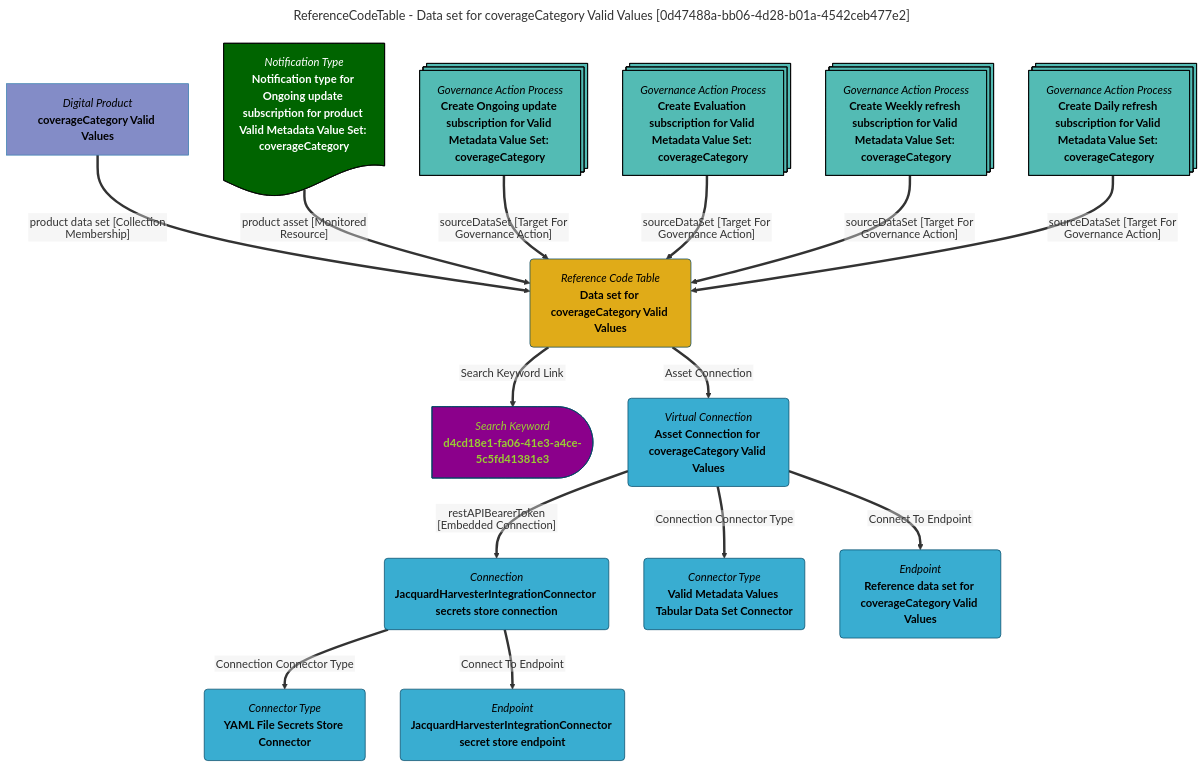
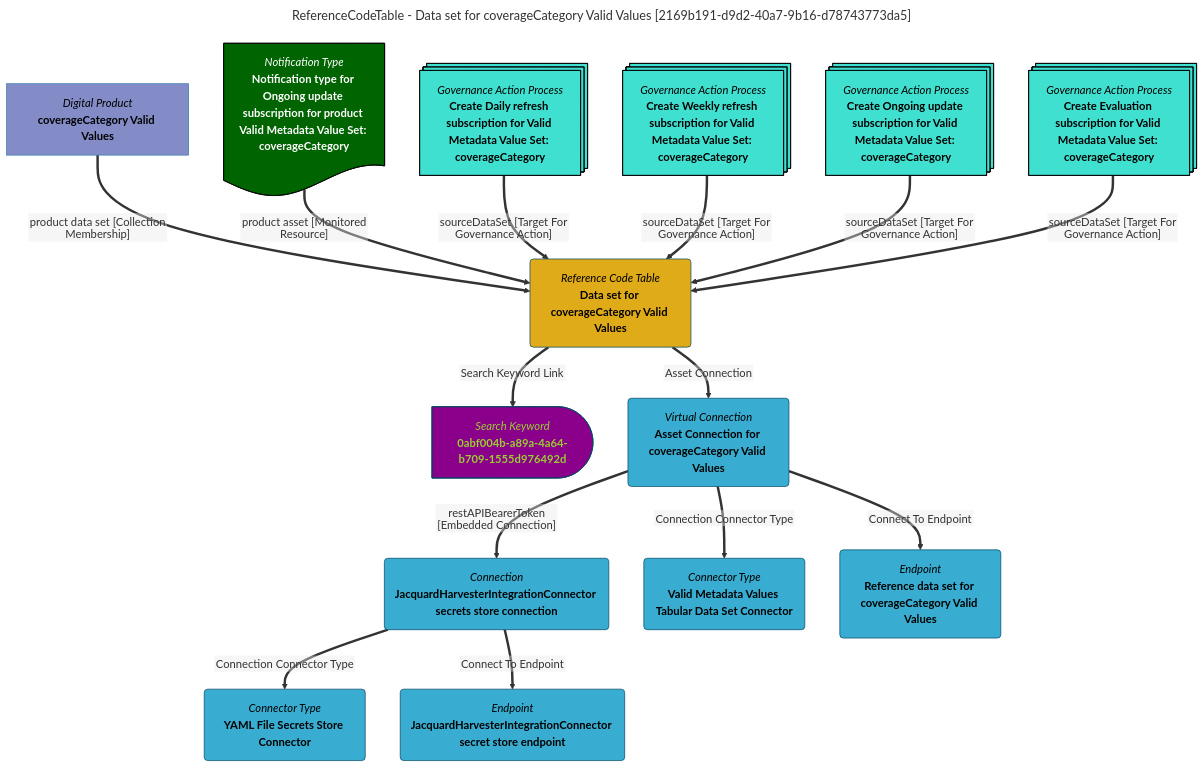
Before and after one commit to odpi/egeria-docs: the diagram in site/snippets/data-assets/data-set-for-coveragecategory-valid-values-mermaid-graph.md, drawn with Mermaid. The commit also changed 2201 other files, not shown here.

````diff
--- a/site/snippets/data-assets/data-set-for-coveragecategory-valid-values-mermaid-graph.md
+++ b/site/snippets/data-assets/data-set-for-coveragecategory-valid-values-mermaid-graph.md
@@ -1,63 +1,63 @@
 ```mermaid
 ---
-title: ReferenceCodeTable - Data set for coverageCategory Valid Values [0d47488a-bb06-4d28-b01a-4542ceb477e2]
+title: ReferenceCodeTable - Data set for coverageCategory Valid Values [2169b191-d9d2-40a7-9b16-d78743773da5]
 ---
 flowchart TD
 %%{init: {"flowchart": {"htmlLabels": false}} }%%
 
 1@{ shape: rounded, label: "*Reference Code Table*
 **Data set for coverageCategory Valid Values**"}
 2@{ shape: delay, label: "*Search Keyword*
-**d4cd18e1-fa06-41e3-a4ce-5c5fd41381e3**"}
+**0abf004b-a89a-4a64-b709-1555d976492d**"}
 1==>|"Search Keyword Link"|2
 3@{ shape: rect, label: "*Digital Product*
 **coverageCategory Valid Values**"}
 3==>|"product data set [Collection Membership]"|1
 4@{ shape: rounded, label: "*Virtual Connection*
 **Asset Connection for coverageCategory Valid Values**"}
 1==>|"Asset Connection"|4
 5@{ shape: rounded, label: "*Connection*
 **JacquardHarvesterIntegrationConnector secrets store connection**"}
 4==>|"restAPIBearerToken [Embedded Connection]"|5
 6@{ shape: rounded, label: "*Connector Type*
 **YAML File Secrets Store Connector**"}
 5==>|"Connection Connector Type"|6
 7@{ shape: rounded, label: "*Endpoint*
 **JacquardHarvesterIntegrationConnector secret store endpoint**"}
 5==>|"Connect To Endpoint"|7
 8@{ shape: rounded, label: "*Connector Type*
 **Valid Metadata Values Tabular Data Set Connector**"}
 4==>|"Connection Connector Type"|8
 9@{ shape: rounded, label: "*Endpoint*
 **Reference data set for coverageCategory Valid Values**"}
 4==>|"Connect To Endpoint"|9
 10@{ shape: doc, label: "*Notification Type*
 **Notification type for Ongoing update subscription for product Valid Metadata Value Set: coverageCategory**"}
 10==>|"product asset [Monitored Resource]"|1
 11@{ shape: processes, label: "*Governance Action Process*
-**Create Ongoing update subscription for Valid Metadata Value Set: coverageCategory**"}
+**Create Daily refresh subscription for Valid Metadata Value Set: coverageCategory**"}
 11==>|"sourceDataSet [Target For Governance Action]"|1
 12@{ shape: processes, label: "*Governance Action Process*
-**Create Evaluation subscription for Valid Metadata Value Set: coverageCategory**"}
+**Create Weekly refresh subscription for Valid Metadata Value Set: coverageCategory**"}
 12==>|"sourceDataSet [Target For Governance Action]"|1
 13@{ shape: processes, label: "*Governance Action Process*
-**Create Weekly refresh subscription for Valid Metadata Value Set: coverageCategory**"}
+**Create Ongoing update subscription for Valid Metadata Value Set: coverageCategory**"}
 13==>|"sourceDataSet [Target For Governance Action]"|1
 14@{ shape: processes, label: "*Governance Action Process*
-**Create Daily refresh subscription for Valid Metadata Value Set: coverageCategory**"}
+**Create Evaluation subscription for Valid Metadata Value Set: coverageCategory**"}
 14==>|"sourceDataSet [Target For Governance Action]"|1
-style 11 color:#000000, fill:#53bbb4, stroke:#000000
-style 12 color:#000000, fill:#53bbb4, stroke:#000000
-style 13 color:#000000, fill:#53bbb4, stroke:#000000
-style 14 color:#000000, fill:#53bbb4, stroke:#000000
+style 11 color:#000000, fill:#40E0D0, stroke:#000000
+style 12 color:#000000, fill:#40E0D0, stroke:#000000
+style 13 color:#000000, fill:#40E0D0, stroke:#000000
+style 14 color:#000000, fill:#40E0D0, stroke:#000000
 style 1 color:#000000, fill:#e0ab18, stroke:#004563
-style 2 color:#9acd32, fill:#8b008b, stroke:#004563
+style 2 color:#9ACD32, fill:#8B008B, stroke:#004563
 style 3 color:#000000, fill:#838cc7, stroke:#3079ab
 style 4 color:#000000, fill:#39add1, stroke:#004563
 style 5 color:#000000, fill:#39add1, stroke:#004563
 style 6 color:#000000, fill:#39add1, stroke:#004563
 style 7 color:#000000, fill:#39add1, stroke:#004563
 style 8 color:#000000, fill:#39add1, stroke:#004563
 style 9 color:#000000, fill:#39add1, stroke:#004563
 style 10 color:#FFFFFF, fill:#006400, stroke:#000000
 ```
````
